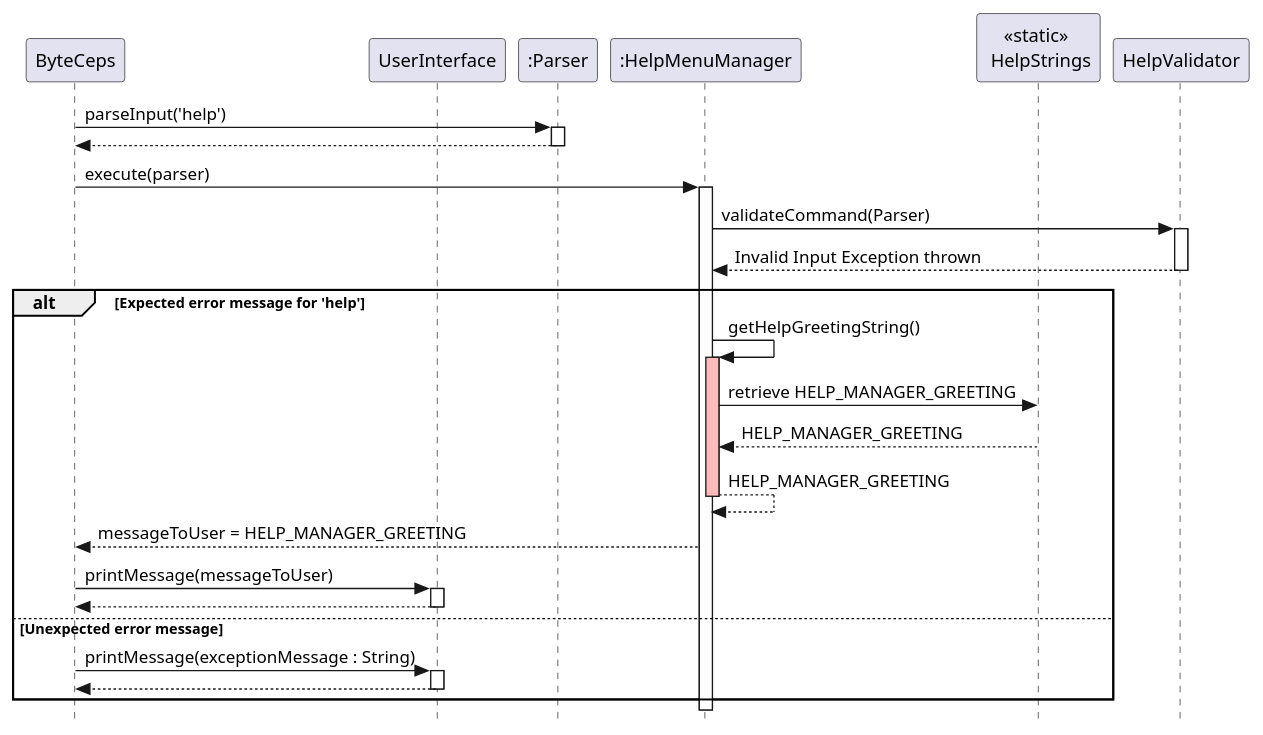
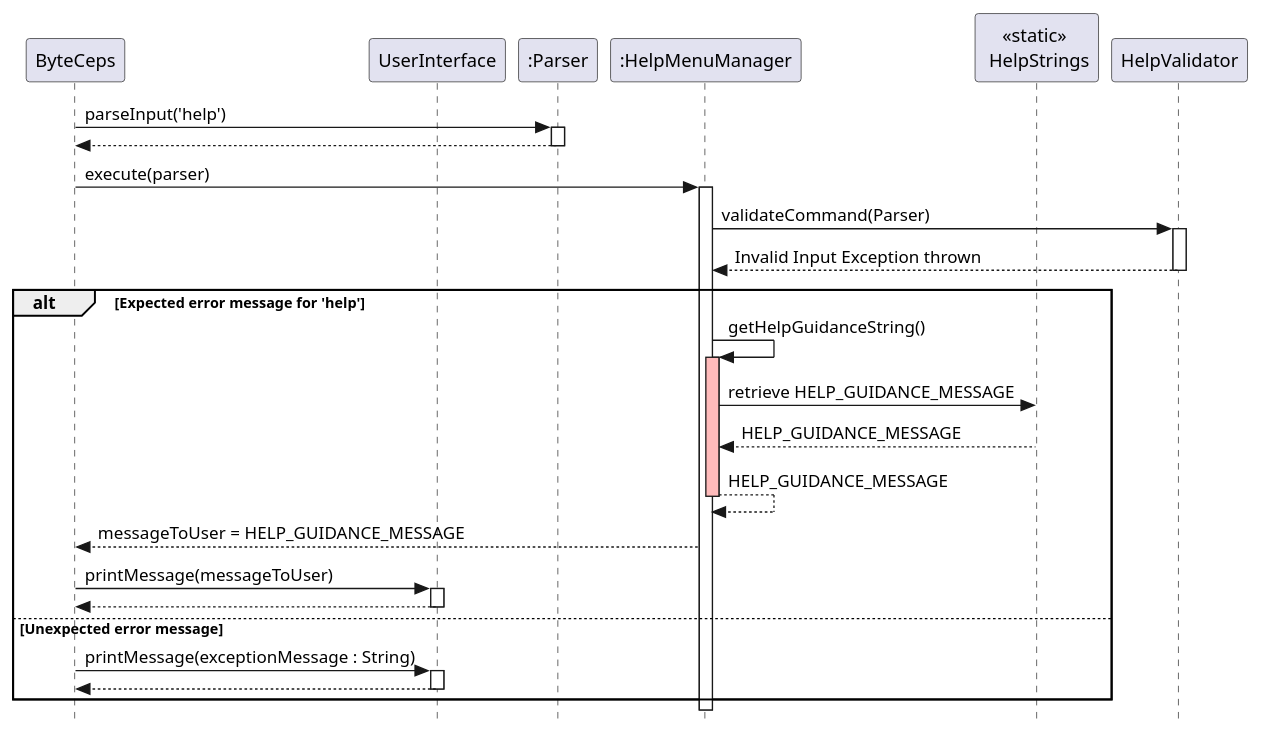
Before and after one commit to joshualeejunyi/tp: the diagram in docs/plantuml/helpGuidanceMessage.puml, drawn with PlantUML. The commit also changed 8 other files, not shown here.

Commit message:
Update Help sequence diagrams, rename Help Menu method and static String

```diff
--- a/docs/plantuml/helpGuidanceMessage.puml
+++ b/docs/plantuml/helpGuidanceMessage.puml
@@ -1,48 +1,48 @@
 @startuml SequenceDiagram
 skinparam classAttributeIconSize 0
 skinparam style strictuml
 participant ByteCeps as User
 participant UserInterface
 participant ":Parser" as Parser
 participant ":HelpMenuManager" as HelpMenuManager
 participant HelpStrings as "<<static>> \n HelpStrings"
 participant HelpValidator as Validator
 
 
 User -> Parser : parseInput('help')
 activate Parser
 User <-- Parser
 deactivate Parser
 
 User -> HelpMenuManager : execute(parser)
 activate HelpMenuManager
 
 HelpMenuManager -> Validator : validateCommand(Parser)
 activate Validator
 Validator --> HelpMenuManager : Invalid Input Exception thrown
 deactivate Validator
 
 alt Expected error message for 'help'
-    HelpMenuManager -> HelpMenuManager : getHelpGreetingString()
+    HelpMenuManager -> HelpMenuManager : getHelpGuidanceString()
     activate HelpMenuManager #FFBBBB
 
 
-    HelpMenuManager -> HelpStrings : retrieve HELP_MANAGER_GREETING
-    HelpMenuManager <-- HelpStrings : HELP_MANAGER_GREETING
-    HelpMenuManager --> HelpMenuManager : HELP_MANAGER_GREETING
+    HelpMenuManager -> HelpStrings : retrieve HELP_GUIDANCE_MESSAGE
+    HelpMenuManager <-- HelpStrings : HELP_GUIDANCE_MESSAGE
+    HelpMenuManager --> HelpMenuManager : HELP_GUIDANCE_MESSAGE
     deactivate HelpMenuManager #FFBBBB
 
-    User <-- HelpMenuManager : messageToUser = HELP_MANAGER_GREETING
+    User <-- HelpMenuManager : messageToUser = HELP_GUIDANCE_MESSAGE
     User -> UserInterface: printMessage(messageToUser)
     activate UserInterface
     UserInterface --> User:
     deactivate UserInterface
 
 else Unexpected error message
     User -> UserInterface: printMessage(exceptionMessage : String)
     activate UserInterface
     UserInterface --> User:
     deactivate UserInterface
 end
 
 @enduml
```
